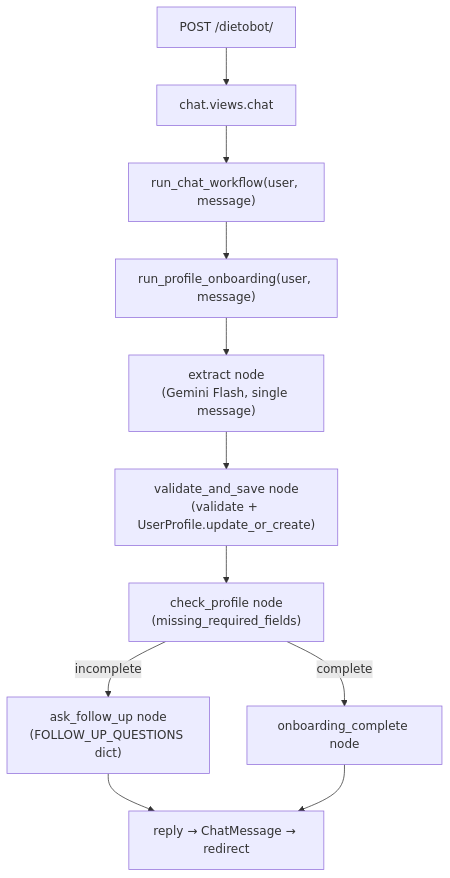
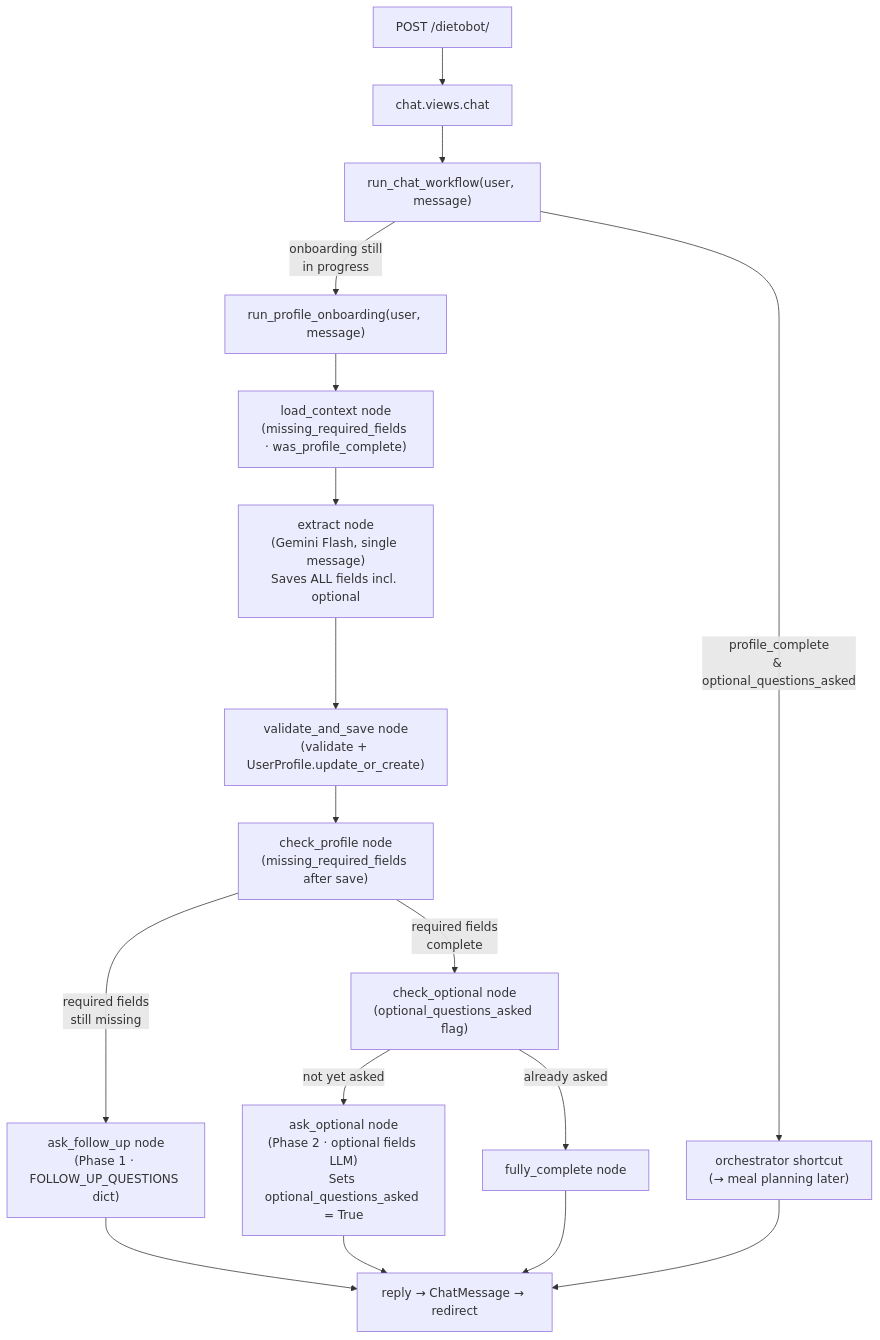
The diagram in flow.md (FrancescoRec/Dietobot), drawn with Mermaid before and after one commit. The commit also changed other lines of this file and 5 other files, not shown here.

````diff
--- a/flow.md
+++ b/flow.md
@@ -3,13 +3,23 @@
 ```mermaid
 flowchart TD
     A["POST /dietobot/"] --> B["chat.views.chat"]
     B --> C["run_chat_workflow(user, message)"]
-    C --> D["run_profile_onboarding(user, message)"]
-    D --> E["extract node\n(Gemini Flash, single message)"]
-    E --> F["validate_and_save node\n(validate + UserProfile.update_or_create)"]
-    F --> G["check_profile node\n(missing_required_fields)"]
-    G -->|incomplete| H["ask_follow_up node\n(FOLLOW_UP_QUESTIONS dict)"]
-    G -->|complete| I["onboarding_complete node"]
-    H --> J["reply → ChatMessage → redirect"]
-    I --> J
+    C -->|"profile_complete\n& optional_questions_asked"| Z["orchestrator shortcut\n(→ meal planning later)"]
+    C -->|"onboarding still\nin progress"| D["run_profile_onboarding(user, message)"]
+
+    D --> E["load_context node\n(missing_required_fields · was_profile_complete)"]
+    E --> F["extract node\n(Gemini Flash, single message)\nSaves ALL fields incl. optional"]
+    F --> G["validate_and_save node\n(validate + UserProfile.update_or_create)"]
+    G --> H["check_profile node\n(missing_required_fields after save)"]
+
+    H -->|"required fields\nstill missing"| I["ask_follow_up node\n(Phase 1 · FOLLOW_UP_QUESTIONS dict)"]
+    H -->|"required fields\ncomplete"| J["check_optional node\n(optional_questions_asked flag)"]
+
+    J -->|"not yet asked"| K["ask_optional node\n(Phase 2 · optional fields LLM)\nSets optional_questions_asked = True"]
+    J -->|"already asked"| L["fully_complete node"]
+
+    I --> M["reply → ChatMessage → redirect"]
+    K --> M
+    L --> M
+    Z --> M
 ```
````
